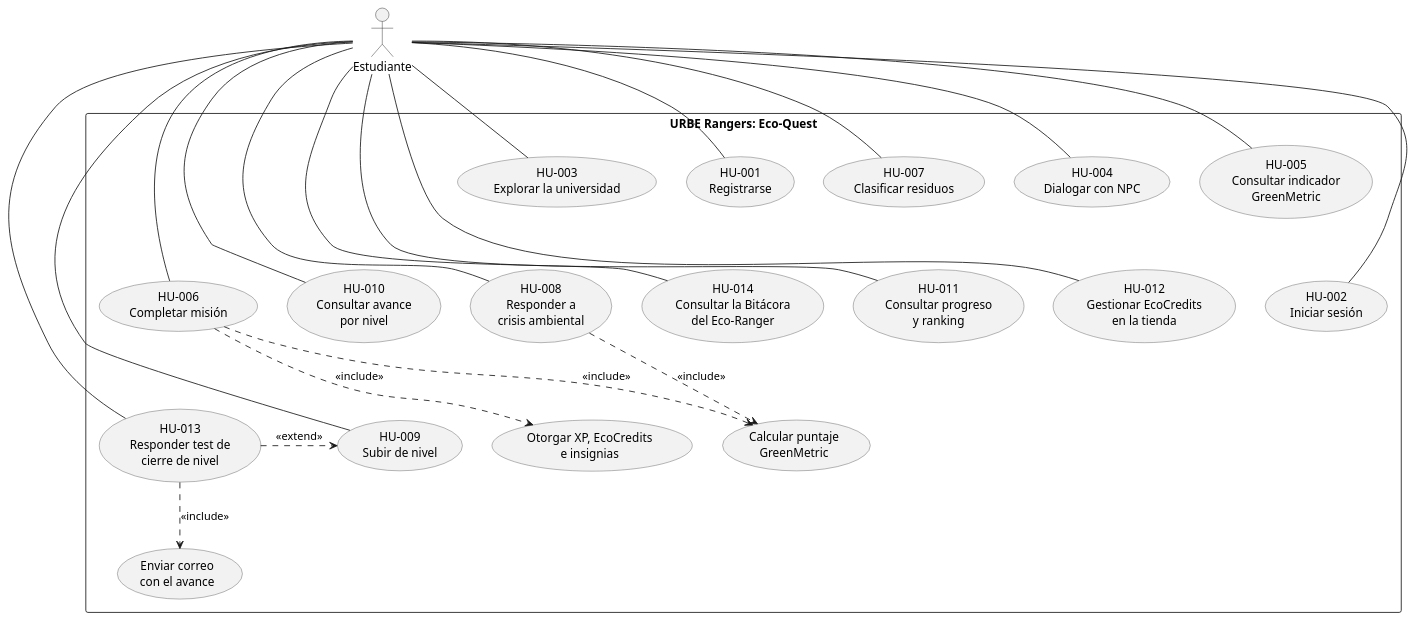
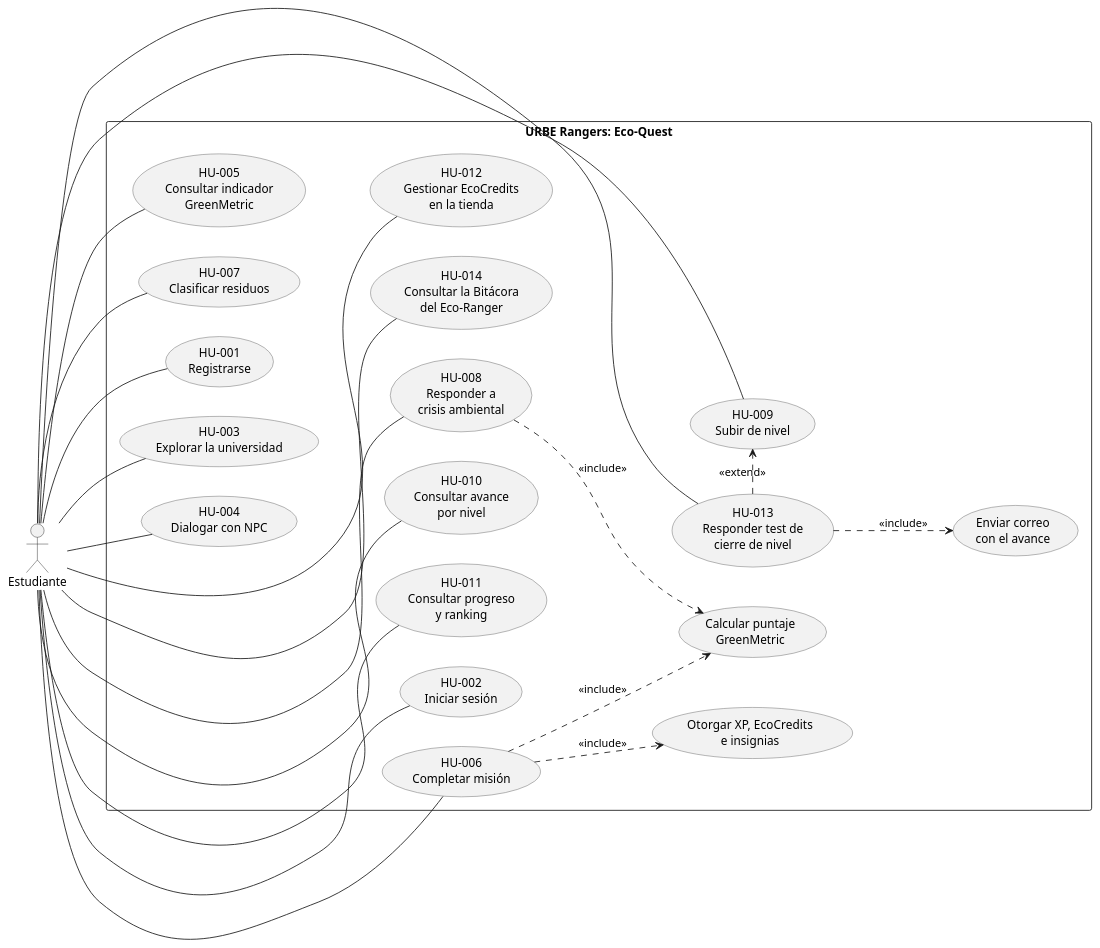
Before and after one commit to Ereyes05/green-metric-urbe: the diagram in docs/diagrama_casos_uso.puml, drawn with PlantUML. The commit also changed other lines of this file, not shown here.

```diff
--- a/docs/diagrama_casos_uso.puml
+++ b/docs/diagrama_casos_uso.puml
@@ -12,63 +13,64 @@
 @startuml
+left to right direction
 skinparam usecase {
   BackgroundColor #F2F2F2
   BorderColor #555555
 }
 
 actor Estudiante
 
 rectangle "URBE Rangers: Eco-Quest" {
   usecase "HU-001\nRegistrarse" as HU1
   usecase "HU-002\nIniciar sesión" as HU2
   usecase "HU-003\nExplorar la universidad" as HU3
   usecase "HU-004\nDialogar con NPC" as HU4
   usecase "HU-005\nConsultar indicador\nGreenMetric" as HU5
   usecase "HU-006\nCompletar misión" as HU6
   usecase "HU-007\nClasificar residuos" as HU7
 
   usecase "HU-008\nResponder a\ncrisis ambiental" as HU8
   usecase "HU-009\nSubir de nivel" as HU9
   usecase "HU-010\nConsultar avance\npor nivel" as HU10
   usecase "HU-011\nConsultar progreso\ny ranking" as HU11
   usecase "HU-012\nGestionar EcoCredits\nen la tienda" as HU12
   usecase "HU-013\nResponder test de\ncierre de nivel" as HU13
   usecase "HU-014\nConsultar la Bitácora\ndel Eco-Ranger" as HU14
 
   usecase "Calcular puntaje\nGreenMetric" as S1
   usecase "Otorgar XP, EcoCredits\ne insignias" as S2
   usecase "Enviar correo\ncon el avance" as S5
 }
 
-' Primera fila
+' Primera columna
 Estudiante -- HU1
 Estudiante -- HU2
 Estudiante -- HU3
 Estudiante -- HU4
 Estudiante -- HU5
 Estudiante -- HU6
 Estudiante -- HU7
 
-' Segunda fila: cada caso cuelga, invisible, del de arriba
+' Segunda columna: cada caso queda, invisible, a la derecha de uno de la primera
 Estudiante -- HU8
 Estudiante -- HU9
 Estudiante -- HU10
 Estudiante -- HU11
 Estudiante -- HU12
 Estudiante -- HU13
 Estudiante -- HU14
 HU1 -[hidden]-> HU8
 HU2 -[hidden]-> HU9
 HU3 -[hidden]-> HU10
 HU4 -[hidden]-> HU11
 HU5 -[hidden]-> HU12
 HU6 -[hidden]-> HU13
 HU7 -[hidden]-> HU14
 
-' Tercera fila: lo que hace el sistema dentro de cada historia
+' Tercera columna: lo que hace el sistema dentro de cada historia
 HU10 -[hidden]-> S2
 HU6 ..> S1 : <<include>>
 HU6 ..> S2 : <<include>>
 HU8 ..> S1 : <<include>>
 HU13 ..> S5 : <<include>>
 HU13 .> HU9 : <<extend>>
 @enduml
```
